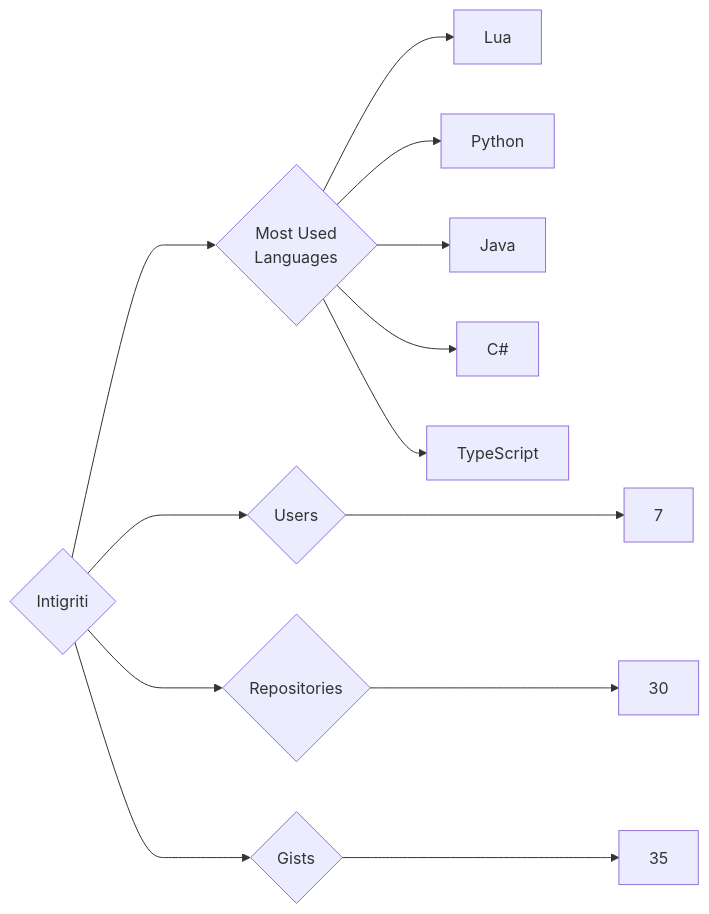
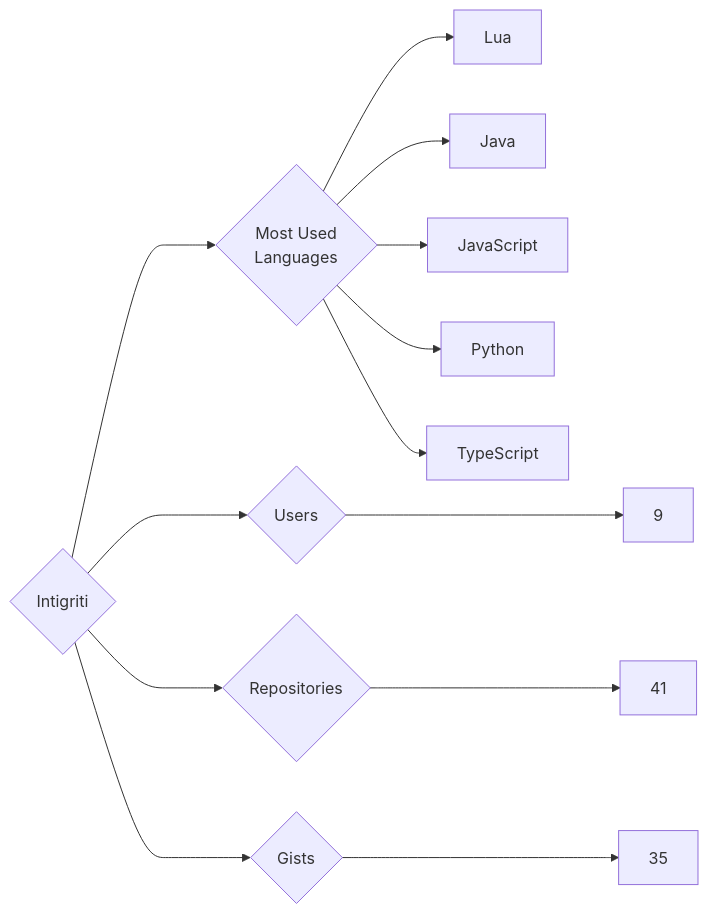
The diagram in targets/Intigriti/README.md (trickest/insiders), drawn with Mermaid before and after one commit. The commit also changed 1238 other files, not shown here.

````diff
--- a/targets/Intigriti/README.md
+++ b/targets/Intigriti/README.md
@@ -3,13 +3,13 @@
 ```mermaid
 graph LR
 COMPANY_NAME{Intigriti}
-COMPANY_NAME ---> U{Users} ---> UN[7]
-COMPANY_NAME ---> R{Repositories} ---> RN[30]
+COMPANY_NAME ---> U{Users} ---> UN[9]
+COMPANY_NAME ---> R{Repositories} ---> RN[41]
 COMPANY_NAME ---> G{Gists} ---> GN[35]
 COMPANY_NAME ---> ML{Most Used<br>Languages}
 ML --> Lua[Lua]
+ML --> Java[Java]
+ML --> JavaScript[JavaScript]
 ML --> Python[Python]
-ML --> Java[Java]
-ML --> C#[C#]
 ML --> TypeScript[TypeScript]
 ```
````
